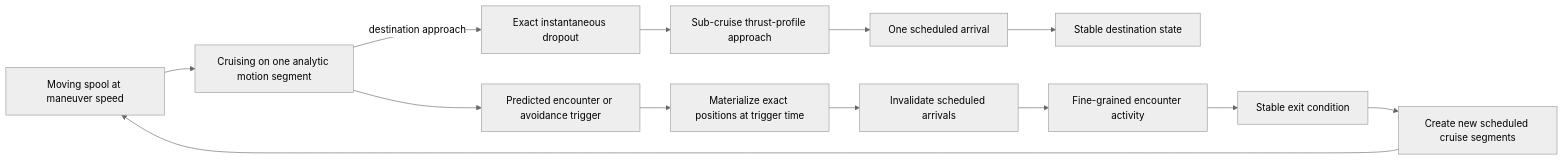
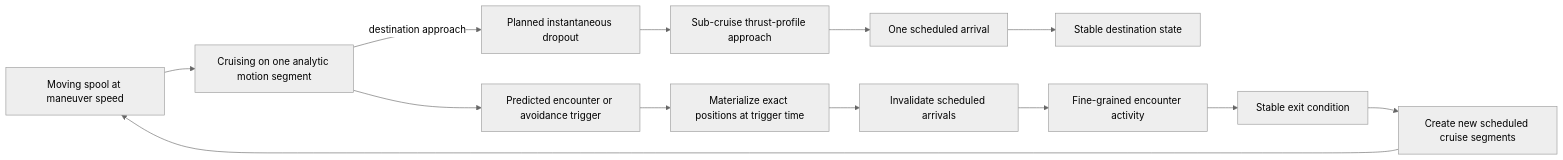
Before and after one commit to Elec0/galaxy-simulator: the second of 2 diagrams in docs/system-local-coordinate-scale.md, drawn with Mermaid (neutral theme). The commit also changed other lines of this file and 113 other files, not shown here.

````diff
--- a/docs/system-local-coordinate-scale.md
+++ b/docs/system-local-coordinate-scale.md
@@ -111,20 +111,20 @@
 ```mermaid
 flowchart LR
     spool["Moving spool at maneuver speed"]
     cruise["Cruising on one analytic motion segment"]
-    dropout["Exact instantaneous dropout"]
+    dropout["Planned instantaneous dropout"]
     approach["Sub-cruise thrust-profile approach"]
     arrival["One scheduled arrival"]
     stable["Stable destination state"]
     trigger["Predicted encounter or avoidance trigger"]
     materialize["Materialize exact positions at trigger time"]
     invalidate["Invalidate scheduled arrivals"]
     activity["Fine-grained encounter activity"]
     exit["Stable exit condition"]
     reschedule["Create new scheduled cruise segments"]
 
     spool --> cruise
     cruise -->|"destination approach"| dropout --> approach --> arrival --> stable
     cruise --> trigger --> materialize --> invalidate --> activity --> exit --> reschedule
     reschedule --> spool
 ```
````
